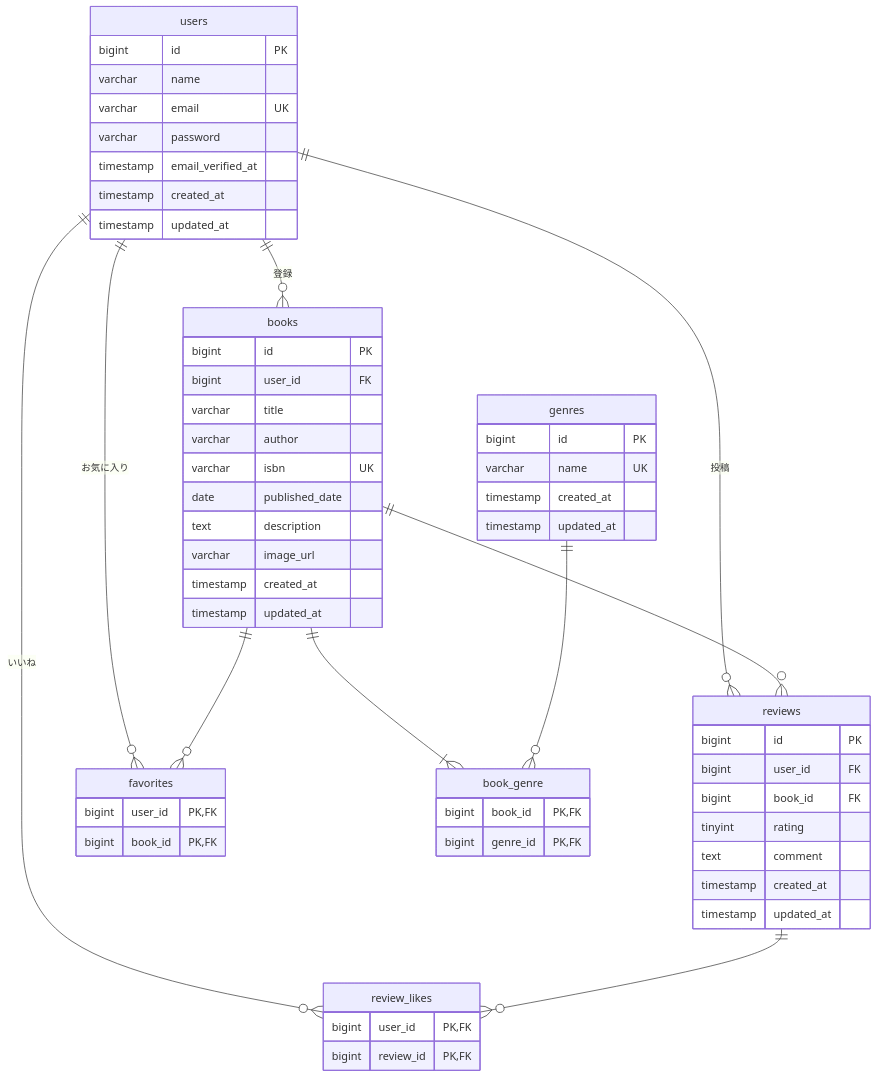
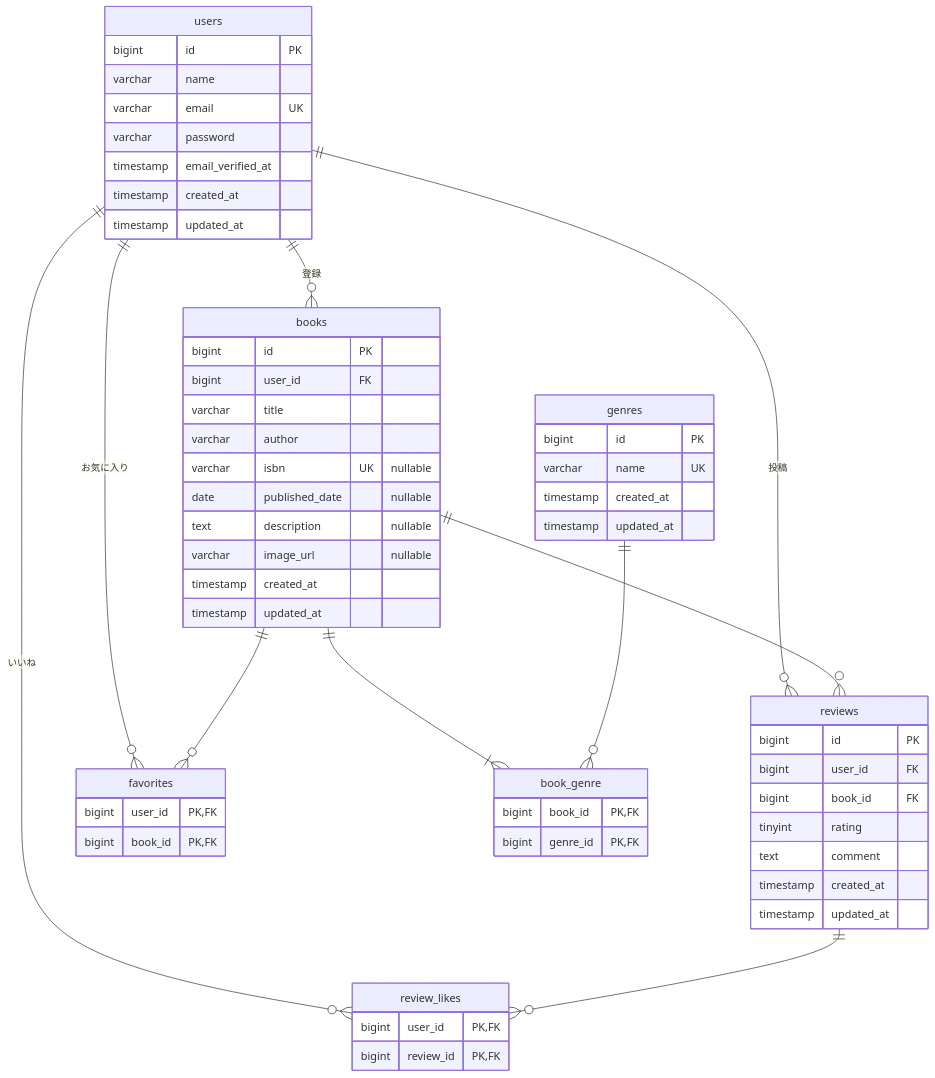
One commit to coachtech-material/ExampleAnswer-mockcase-BookShelf changed the diagram in README.md. Above: the diagram before and after it, drawn with Mermaid.

Commit message:
docs(advanced): README ER図 books テーブルに nullable 注記を追加
要件シート(100%) の ER図との整合性確認で判明した記述抜けを修正。
応用版の books テーブルでは isbn (nullable+unique) と published_date (nullable)
に加え、両ブランチ共通で nullable の description / image_url にも注記を追加。
実装 (create_books_table マイグレーション) との齟齬を解消。

Refs #52
Milestone: 評価シート 採点team フィードバック 2026-04-23

````diff
--- a/README.md
+++ b/README.md
@@ -226,67 +226,67 @@
 ```mermaid
 erDiagram
     users ||--o{ books : "登録"
     users ||--o{ reviews : "投稿"
     users ||--o{ favorites : "お気に入り"
     users ||--o{ review_likes : "いいね"
     books ||--o{ reviews : ""
     books ||--|{ book_genre : ""
     books ||--o{ favorites : ""
     genres ||--o{ book_genre : ""
     reviews ||--o{ review_likes : ""
 
     users {
         bigint id PK
         varchar name
         varchar email UK
         varchar password
         timestamp email_verified_at
         timestamp created_at
         timestamp updated_at
     }
 
     books {
         bigint id PK
         bigint user_id FK
         varchar title
         varchar author
-        varchar isbn UK
-        date published_date
-        text description
-        varchar image_url
+        varchar isbn UK "nullable"
+        date published_date "nullable"
+        text description "nullable"
+        varchar image_url "nullable"
         timestamp created_at
         timestamp updated_at
     }
 
     genres {
         bigint id PK
         varchar name UK
         timestamp created_at
         timestamp updated_at
     }
 
     reviews {
         bigint id PK
         bigint user_id FK
         bigint book_id FK
         tinyint rating
         text comment
         timestamp created_at
         timestamp updated_at
     }
 
     book_genre {
         bigint book_id PK,FK
         bigint genre_id PK,FK
     }
 
     favorites {
         bigint user_id PK,FK
         bigint book_id PK,FK
     }
 
     review_likes {
         bigint user_id PK,FK
         bigint review_id PK,FK
     }
 ```
````
